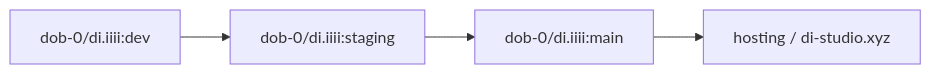
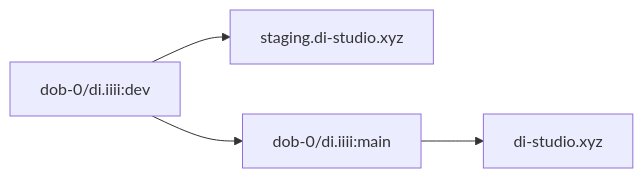
The diagram in docs/ops/PRIVATE_DEV_PUBLIC_SHOWCASE.md (dob-0/di.iiii), drawn with Mermaid before and after one commit. The commit also changed other lines of this file and 10 other files, not shown here.

First line of the commit message:
docs: full docs revision — branch flow, SQLite driver, di.i refs

````diff
--- a/docs/ops/PRIVATE_DEV_PUBLIC_SHOWCASE.md
+++ b/docs/ops/PRIVATE_DEV_PUBLIC_SHOWCASE.md
@@ -12,6 +11,6 @@
 ```mermaid
 flowchart LR
-    dev["dob-0/di.iiii:dev"] --> staging["dob-0/di.iiii:staging"]
-    staging --> main["dob-0/di.iiii:main"]
-    main --> host["hosting / di-studio.xyz"]
+    dev["dob-0/di.iiii:dev"] --> staging_env["staging.di-studio.xyz"]
+    dev --> main["dob-0/di.iiii:main"]
+    main --> host["di-studio.xyz"]
 ```
````
